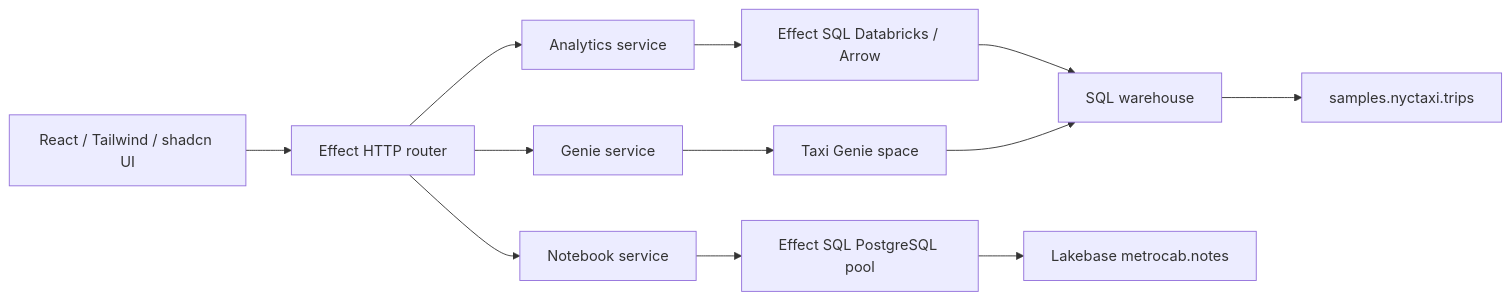
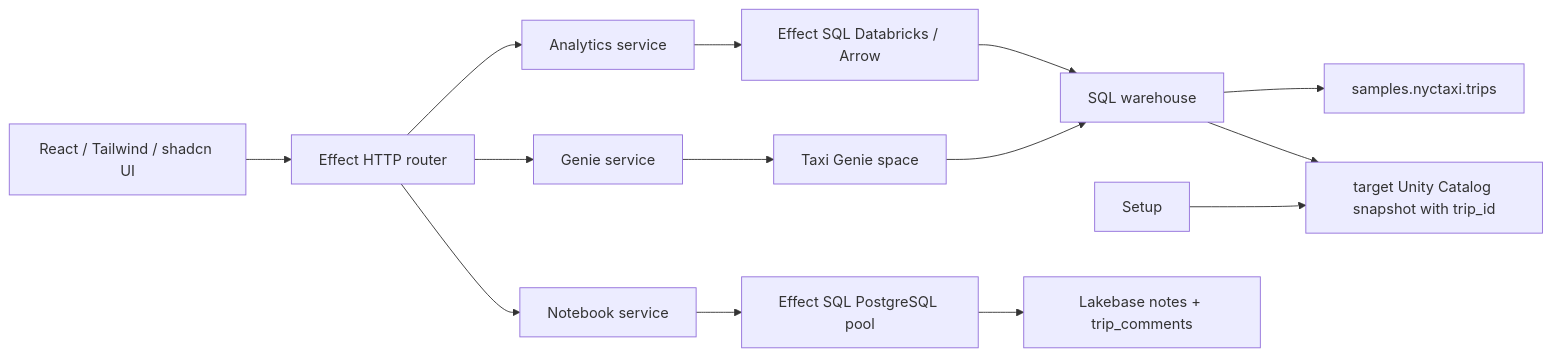
One commit to dsiem/effect-databricks-app changed the diagram in docs/data-access.md. Above: the diagram before and after it, drawn with Mermaid. The commit also changed other lines of this file and 30 other files, not shown here.

````diff
--- a/docs/data-access.md
+++ b/docs/data-access.md
@@ -3,14 +3,16 @@
 ```mermaid
 flowchart LR
   UI[React / Tailwind / shadcn UI] --> API[Effect HTTP router]
   API --> Analytics[Analytics service]
   Analytics --> Arrow[Effect SQL Databricks / Arrow]
   Arrow --> Warehouse[SQL warehouse]
-  Warehouse --> Taxi[samples.nyctaxi.trips]
+  Warehouse --> Source[samples.nyctaxi.trips]
+  Setup --> Snapshot[target Unity Catalog snapshot with trip_id]
+  Warehouse --> Snapshot
   API --> Genie[Genie service]
   Genie --> Space[Taxi Genie space]
   Space --> Warehouse
   API --> Notebook[Notebook service]
   Notebook --> Pool[Effect SQL PostgreSQL pool]
-  Pool --> Lakebase[Lakebase metrocab.notes]
+  Pool --> Lakebase[Lakebase notes + trip_comments]
 ```
````
